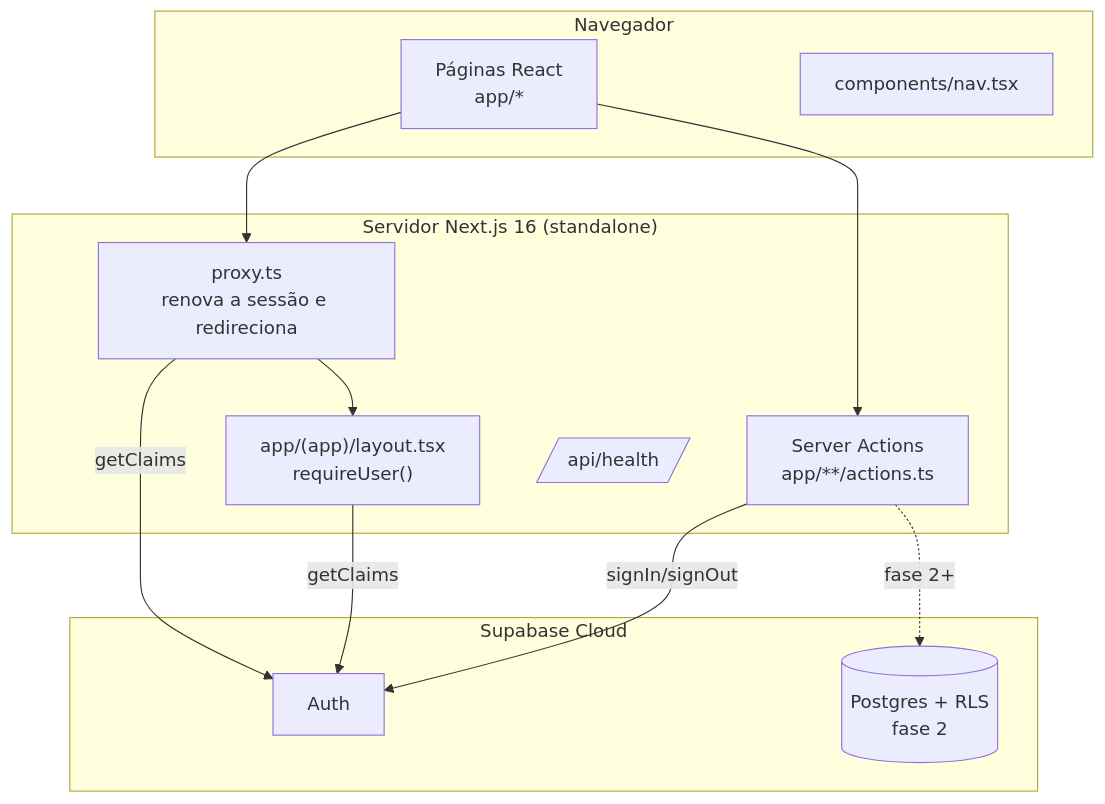
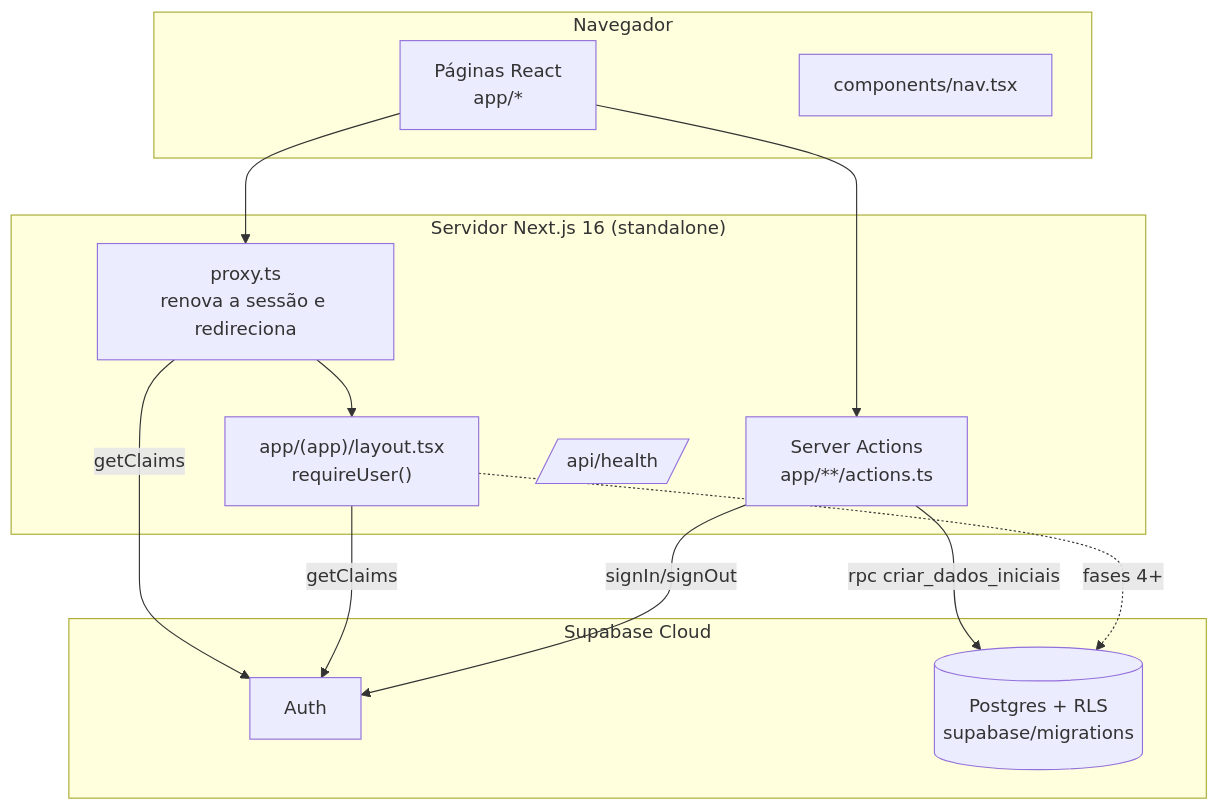
One commit to viniciuspn/crmimpressao3d changed the first of 2 diagrams in docs/CODEBASE_MAP.md. Above: the diagram before and after it, drawn with Mermaid. The commit also changed other lines of this file and 2 other files, not shown here.

Commit message:
Documenta banco, decisões da fase 2 e atualiza mapa do código

````diff
--- a/docs/CODEBASE_MAP.md
+++ b/docs/CODEBASE_MAP.md
@@ -16,23 +16,24 @@
 ```mermaid
 graph TB
     subgraph Navegador
         UI[Páginas React<br/>app/*]
         Nav[components/nav.tsx]
     end
     subgraph "Servidor Next.js 16 (standalone)"
         Proxy[proxy.ts<br/>renova a sessão e redireciona]
         Layout["app/(app)/layout.tsx<br/>requireUser()"]
         Actions[Server Actions<br/>app/**/actions.ts]
         Health[/api/health/]
     end
     subgraph "Supabase Cloud"
         Auth[Auth]
-        DB[(Postgres + RLS<br/>fase 2)]
+        DB[(Postgres + RLS<br/>supabase/migrations)]
     end
     UI --> Proxy --> Layout
     UI --> Actions
     Proxy -- getClaims --> Auth
     Layout -- getClaims --> Auth
     Actions -- signIn/signOut --> Auth
-    Actions -. fase 2+ .-> DB
+    Actions -- rpc criar_dados_iniciais --> DB
+    Layout -. fases 4+ .-> DB
 ```
````
